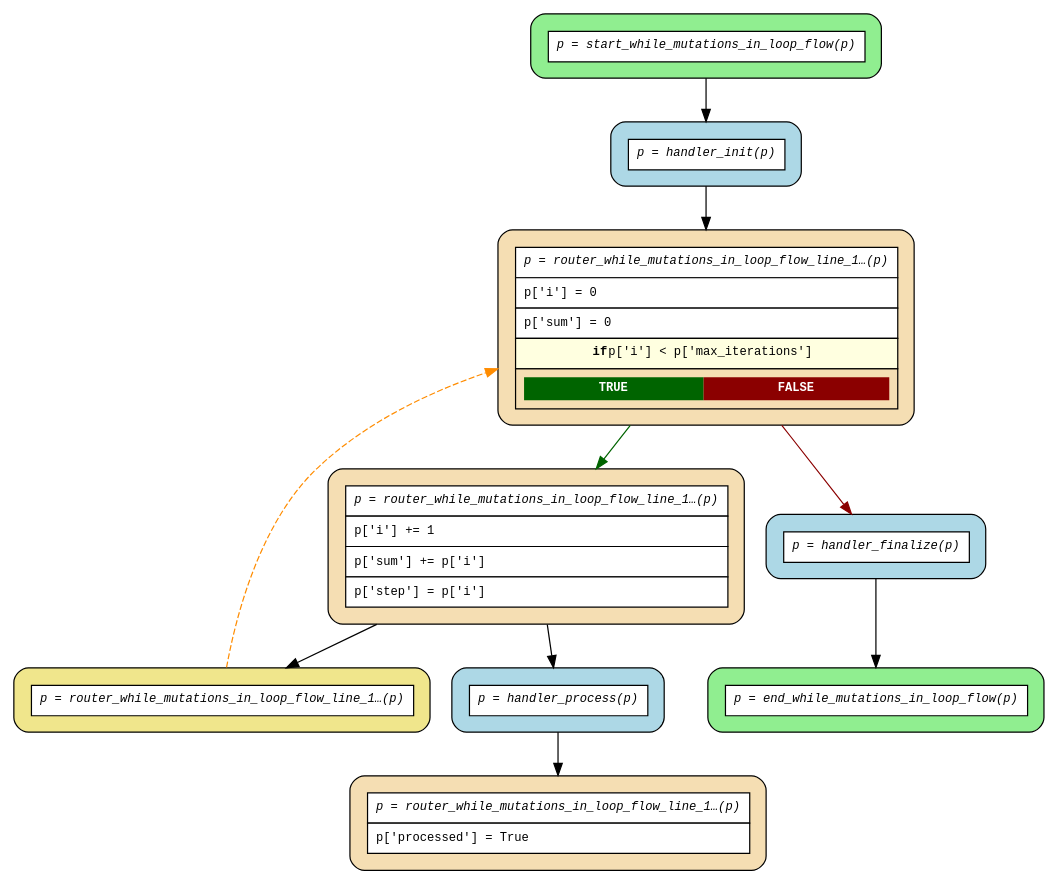
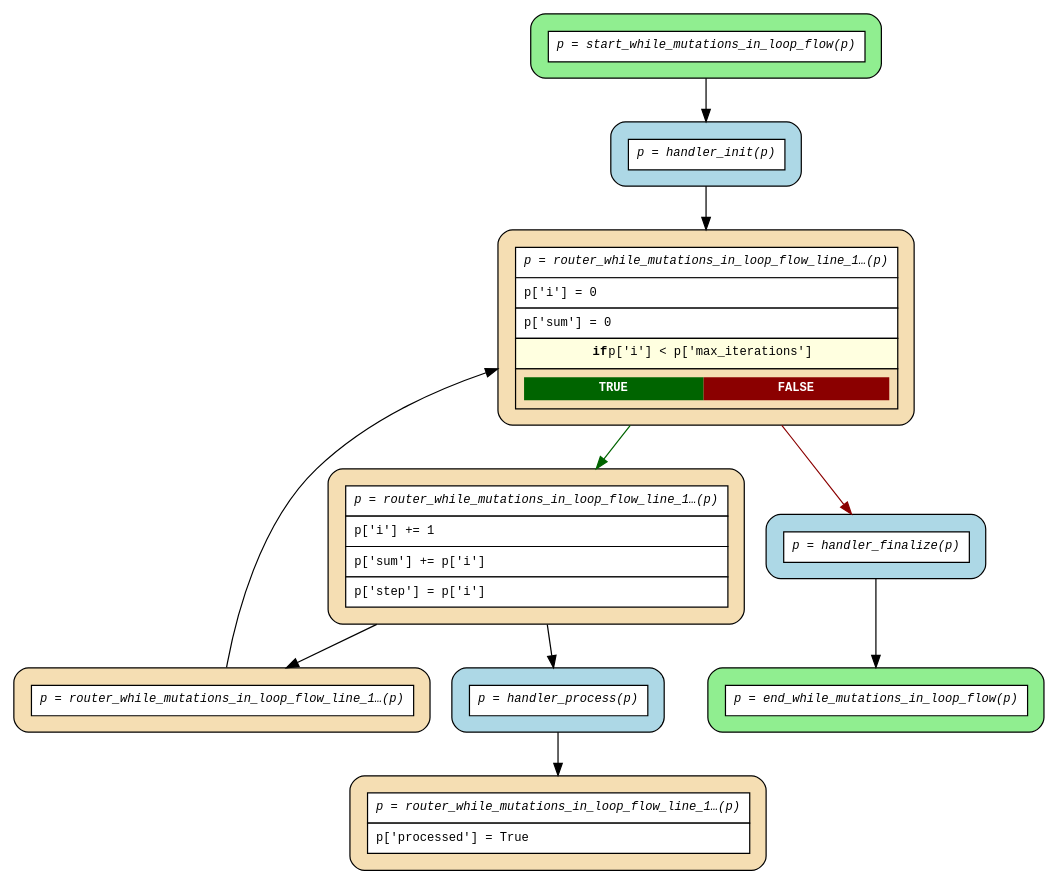
Before and after one commit to deliveryhero/asya: the diagram in examples/flows/compiled/while_mutations_in_loop/flow.dot, drawn with Graphviz. The commit also changed 27 other files, not shown here.

```diff
--- a/examples/flows/compiled/while_mutations_in_loop/flow.dot
+++ b/examples/flows/compiled/while_mutations_in_loop/flow.dot
@@ -1,26 +1,26 @@
 digraph flow {
   rankdir=TB;
   graph [fontname="Courier", fontsize=10];
   node [fontname="Courier", fontsize=10, shape=box, style="filled,rounded", margin="0.2"];
   edge [fontname="Courier", fontsize=10];
 
   start_while_mutations_in_loop_flow [fillcolor="lightgreen", label=<<table border="0" cellspacing="0" cellpadding="6" cellborder="1"><tr><td bgcolor="white" align="center"><i>p = start_while_mutations_in_loop_flow(p)</i></td></tr></table>>];
   router_while_mutations_in_loop_flow_line_17_seq [fillcolor="wheat", label=<<table border="0" cellspacing="0" cellpadding="6" cellborder="1"><tr><td bgcolor="white" align="center"><i>p = router_while_mutations_in_loop_flow_line_1…(p)</i></td></tr><tr><td bgcolor="white" align="left">p['processed'] = True</td></tr></table>>];
   router_while_mutations_in_loop_flow_line_13_seq [fillcolor="wheat", label=<<table border="0" cellspacing="0" cellpadding="6" cellborder="1"><tr><td bgcolor="white" align="center"><i>p = router_while_mutations_in_loop_flow_line_1…(p)</i></td></tr><tr><td bgcolor="white" align="left">p['i'] += 1</td></tr><tr><td bgcolor="white" align="left">p['sum'] += p['i']</td></tr><tr><td bgcolor="white" align="left">p['step'] = p['i']</td></tr></table>>];
-  router_while_mutations_in_loop_flow_line_12_loop_back_0 [fillcolor="khaki", label=<<table border="0" cellspacing="0" cellpadding="6" cellborder="1"><tr><td bgcolor="white" align="center"><i>p = router_while_mutations_in_loop_flow_line_1…(p)</i></td></tr></table>>];
+  router_while_mutations_in_loop_flow_line_12_loop_back_0 [fillcolor="wheat", label=<<table border="0" cellspacing="0" cellpadding="6" cellborder="1"><tr><td bgcolor="white" align="center"><i>p = router_while_mutations_in_loop_flow_line_1…(p)</i></td></tr></table>>];
   router_while_mutations_in_loop_flow_line_12_while_0 [fillcolor="wheat", label=<<table border="0" cellspacing="0" cellpadding="6" cellborder="1"><tr><td bgcolor="white" align="center"><i>p = router_while_mutations_in_loop_flow_line_1…(p)</i></td></tr><tr><td bgcolor="white" align="left">p['i'] = 0</td></tr><tr><td bgcolor="white" align="left">p['sum'] = 0</td></tr><tr><td bgcolor="lightyellow"><b>if</b> p['i'] &lt; p['max_iterations']</td></tr><tr><td><table border="0" cellspacing="0" cellpadding="4"><tr><td bgcolor="darkgreen"><font color="white"><b>TRUE</b></font></td><td bgcolor="darkred"><font color="white"><b>FALSE</b></font></td></tr></table></td></tr></table>>];
   end_while_mutations_in_loop_flow [fillcolor="lightgreen", label=<<table border="0" cellspacing="0" cellpadding="6" cellborder="1"><tr><td bgcolor="white" align="center"><i>p = end_while_mutations_in_loop_flow(p)</i></td></tr></table>>];
   handler_finalize [fillcolor="lightblue", label=<<table border="0" cellspacing="0" cellpadding="6" cellborder="1"><tr><td bgcolor="white" align="center"><i>p = handler_finalize(p)</i></td></tr></table>>];
   handler_init [fillcolor="lightblue", label=<<table border="0" cellspacing="0" cellpadding="6" cellborder="1"><tr><td bgcolor="white" align="center"><i>p = handler_init(p)</i></td></tr></table>>];
   handler_process [fillcolor="lightblue", label=<<table border="0" cellspacing="0" cellpadding="6" cellborder="1"><tr><td bgcolor="white" align="center"><i>p = handler_process(p)</i></td></tr></table>>];
 
   handler_finalize -> end_while_mutations_in_loop_flow;
   handler_init -> router_while_mutations_in_loop_flow_line_12_while_0;
   handler_process -> router_while_mutations_in_loop_flow_line_17_seq;
-  router_while_mutations_in_loop_flow_line_12_loop_back_0 -> router_while_mutations_in_loop_flow_line_12_while_0 [style=dashed, color=darkorange, constraint=false];
+  router_while_mutations_in_loop_flow_line_12_loop_back_0 -> router_while_mutations_in_loop_flow_line_12_while_0 [constraint=false];
   router_while_mutations_in_loop_flow_line_12_while_0 -> handler_finalize [color=darkred];
   router_while_mutations_in_loop_flow_line_12_while_0 -> router_while_mutations_in_loop_flow_line_13_seq [color=darkgreen];
   router_while_mutations_in_loop_flow_line_13_seq -> handler_process;
   router_while_mutations_in_loop_flow_line_13_seq -> router_while_mutations_in_loop_flow_line_12_loop_back_0;
   start_while_mutations_in_loop_flow -> handler_init;
 }
```
